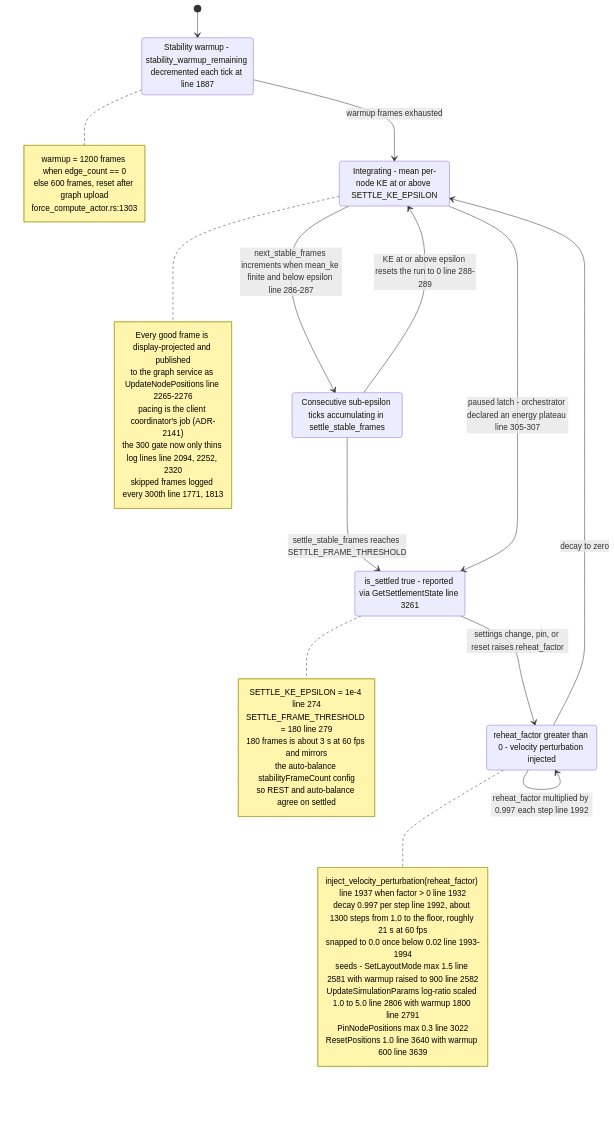
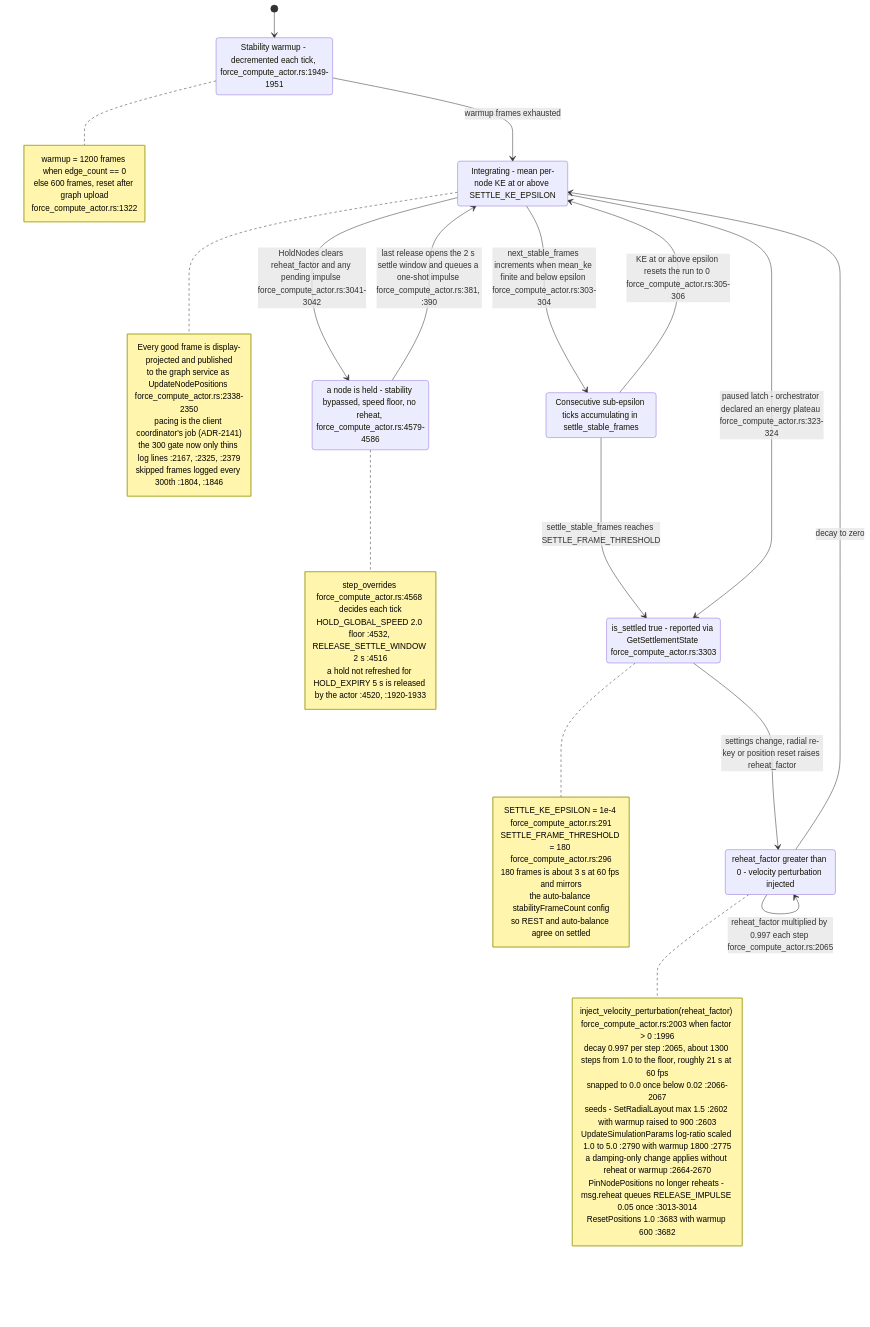
One commit to DreamLab-AI/VisionFlow changed the seventh of 8 diagrams in docs/diagrams/visionclaw/11-physics-step-and-force-channels.md. Above: the diagram before and after it, drawn with Mermaid. The commit also changed other lines of this file and 173 other files, not shown here.

````diff
--- a/docs/diagrams/visionclaw/11-physics-step-and-force-channels.md
+++ b/docs/diagrams/visionclaw/11-physics-step-and-force-channels.md
@@ -264,47 +270,56 @@
 ```mermaid
 stateDiagram-v2
     [*] --> Warmup
-    Warmup: Stability warmup - stability_warmup_remaining decremented each tick at line 1887
+    Warmup: Stability warmup - decremented each tick, force_compute_actor.rs:1949-1951
     Active: Integrating - mean per-node KE at or above SETTLE_KE_EPSILON
     Settling: Consecutive sub-epsilon ticks accumulating in settle_stable_frames
-    Settled: is_settled true - reported via GetSettlementState line 3261
+    Settled: is_settled true - reported via GetSettlementState force_compute_actor.rs:3303
     Reheated: reheat_factor greater than 0 - velocity perturbation injected
+    Held: a node is held - stability bypassed, speed floor, no reheat, force_compute_actor.rs:4579-4586
 
     Warmup --> Active: warmup frames exhausted
-    Active --> Settling: next_stable_frames increments when mean_ke finite and below epsilon line 286-287
-    Settling --> Active: KE at or above epsilon resets the run to 0 line 288-289
+    Active --> Settling: next_stable_frames increments when mean_ke finite and below epsilon force_compute_actor.rs:303-304
+    Settling --> Active: KE at or above epsilon resets the run to 0 force_compute_actor.rs:305-306
     Settling --> Settled: settle_stable_frames reaches SETTLE_FRAME_THRESHOLD
-    Active --> Settled: paused latch - orchestrator declared an energy plateau line 305-307
-    Settled --> Reheated: settings change, pin, or reset raises reheat_factor
+    Active --> Settled: paused latch - orchestrator declared an energy plateau force_compute_actor.rs:323-324
+    Settled --> Reheated: settings change, radial re-key or position reset raises reheat_factor
     Reheated --> Active: decay to zero
-    Reheated --> Reheated: reheat_factor multiplied by 0.997 each step line 1992
+    Reheated --> Reheated: reheat_factor multiplied by 0.997 each step force_compute_actor.rs:2065
+    Active --> Held: HoldNodes clears reheat_factor and any pending impulse force_compute_actor.rs:3041-3042
+    Held --> Active: last release opens the 2 s settle window and queues a one-shot impulse force_compute_actor.rs:381, :390
 
     note right of Warmup
         warmup = 1200 frames when edge_count == 0
         else 600 frames, reset after graph upload
-        force_compute_actor.rs:1303
+        force_compute_actor.rs:1322
     end note
     note right of Settled
-        SETTLE_KE_EPSILON = 1e-4 line 274
-        SETTLE_FRAME_THRESHOLD = 180 line 279
+        SETTLE_KE_EPSILON = 1e-4 force_compute_actor.rs:291
+        SETTLE_FRAME_THRESHOLD = 180 force_compute_actor.rs:296
         180 frames is about 3 s at 60 fps and mirrors
         the auto-balance stabilityFrameCount config
         so REST and auto-balance agree on settled
     end note
     note right of Reheated
-        inject_velocity_perturbation(reheat_factor) line 1937 when factor > 0 line 1932
-        decay 0.997 per step line 1992, about 1300 steps from 1.0 to the floor, roughly 21 s at 60 fps
-        snapped to 0.0 once below 0.02 line 1993-1994
-        seeds - SetLayoutMode max 1.5 line 2581 with warmup raised to 900 line 2582
-        UpdateSimulationParams log-ratio scaled 1.0 to 5.0 line 2806 with warmup 1800 line 2791
-        PinNodePositions max 0.3 line 3022
-        ResetPositions 1.0 line 3640 with warmup 600 line 3639
+        inject_velocity_perturbation(reheat_factor) force_compute_actor.rs:2003 when factor > 0 :1996
+        decay 0.997 per step :2065, about 1300 steps from 1.0 to the floor, roughly 21 s at 60 fps
+        snapped to 0.0 once below 0.02 :2066-2067
+        seeds - SetRadialLayout max 1.5 :2602 with warmup raised to 900 :2603
+        UpdateSimulationParams log-ratio scaled 1.0 to 5.0 :2790 with warmup 1800 :2775
+        a damping-only change applies without reheat or warmup :2664-2670
+        PinNodePositions no longer reheats - msg.reheat queues RELEASE_IMPULSE 0.05 once :3013-3014
+        ResetPositions 1.0 :3683 with warmup 600 :3682
+    end note
+    note right of Held
+        step_overrides force_compute_actor.rs:4568 decides each tick
+        HOLD_GLOBAL_SPEED 2.0 floor :4532, RELEASE_SETTLE_WINDOW 2 s :4516
+        a hold not refreshed for HOLD_EXPIRY 5 s is released by the actor :4520, :1920-1933
     end note
     note right of Active
         Every good frame is display-projected and published
-        to the graph service as UpdateNodePositions line 2265-2276
+        to the graph service as UpdateNodePositions force_compute_actor.rs:2338-2350
         pacing is the client coordinator's job (ADR-2141)
-        the 300 gate now only thins log lines line 2094, 2252, 2320
-        skipped frames logged every 300th line 1771, 1813
+        the 300 gate now only thins log lines :2167, :2325, :2379
+        skipped frames logged every 300th :1804, :1846
     end note
 ```
````
